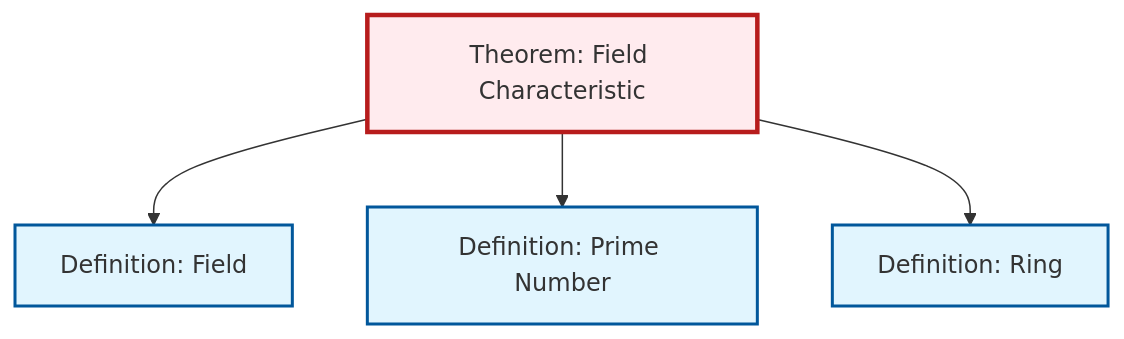
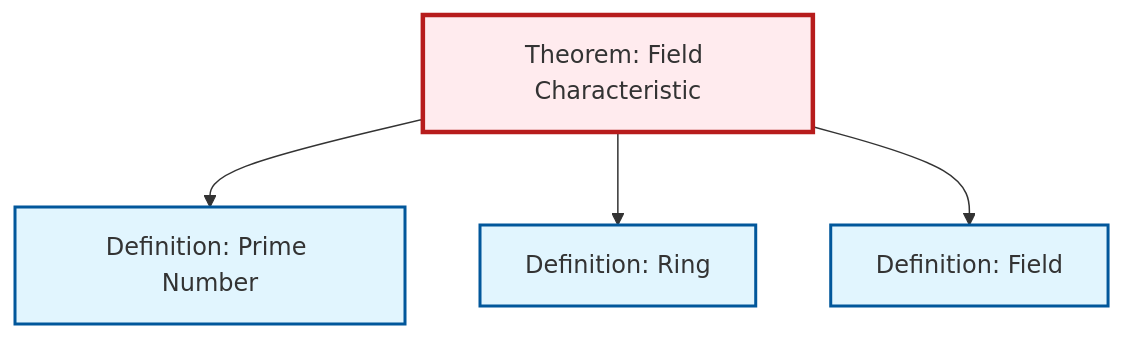
The diagram in content/en/algebra/thm-field-characteristic.qmd (RK0429/ModernMath), drawn with Mermaid before and after one commit. The commit also changed other lines of this file and 530 other files, not shown here.

````diff
--- a/content/en/algebra/thm-field-characteristic.qmd
+++ b/content/en/algebra/thm-field-characteristic.qmd
@@ -53,20 +53,20 @@
 ```{mermaid}
 %%| fig-cap: "Local dependency graph"
 graph TD
     classDef definition fill:#e1f5fe,stroke:#01579b,stroke-width:2px
     classDef theorem fill:#f3e5f5,stroke:#4a148c,stroke-width:2px
     classDef axiom fill:#fff3e0,stroke:#e65100,stroke-width:2px
     classDef example fill:#e8f5e9,stroke:#1b5e20,stroke-width:2px
     classDef current fill:#ffebee,stroke:#b71c1c,stroke-width:3px
+    def-prime["Definition: Prime Number"]:::definition
     def-ring["Definition: Ring"]:::definition
+    def-field["Definition: Field"]:::definition
     thm-field-characteristic["Theorem: Field Characteristic"]:::theorem
-    def-field["Definition: Field"]:::definition
-    def-prime["Definition: Prime Number"]:::definition
-    thm-field-characteristic --> def-field
     thm-field-characteristic --> def-prime
     thm-field-characteristic --> def-ring
+    thm-field-characteristic --> def-field
     class thm-field-characteristic current
+    click def-prime "def-prime.html" "Go to Prime Number definition"
     click def-ring "def-ring.html" "Go to Ring definition"
     click def-field "def-field.html" "Go to Field definition"
-    click def-prime "def-prime.html" "Go to Prime Number definition"
 ```
````
